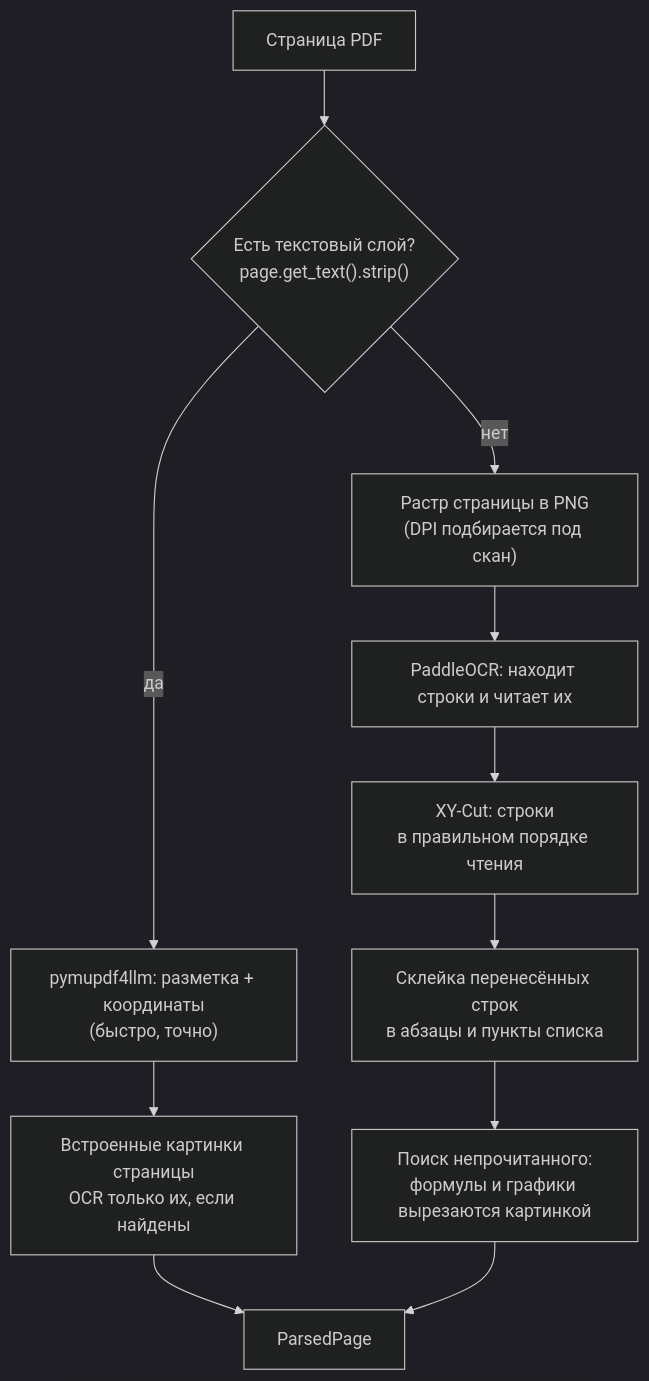
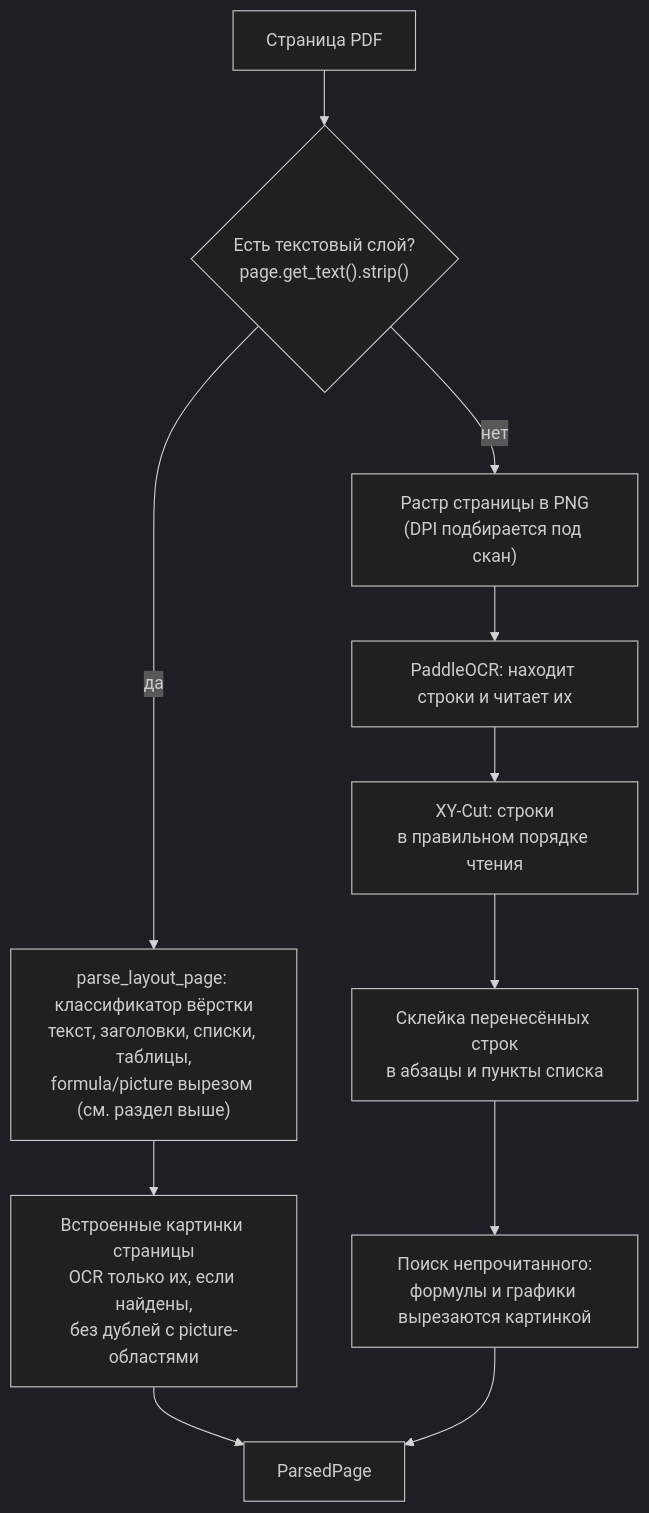
Before and after one commit to tneki22/Tentex: the second of 4 diagrams in OCR.md, drawn with Mermaid (dark theme). The commit also changed other lines of this file, not shown here.

First line of the commit message:
docs: обновить OCR.md — правка разметчика и раздел про провайдеров

````diff
--- a/OCR.md
+++ b/OCR.md
@@ -184,13 +362,13 @@
 ```mermaid
 flowchart TD
     P[Страница PDF] --> Q{"Есть текстовый слой?\npage.get_text().strip()"}
-    Q -- да --> R["pymupdf4llm: разметка + координаты\n(быстро, точно)"]
+    Q -- да --> R["parse_layout_page: классификатор вёрстки\nтекст, заголовки, списки, таблицы,\nformula/picture вырезом (см. раздел выше)"]
     Q -- нет --> S["Растр страницы в PNG\n(DPI подбирается под скан)"]
-    R --> T["Встроенные картинки страницы\nOCR только их, если найдены"]
+    R --> T["Встроенные картинки страницы\nOCR только их, если найдены,\nбез дублей с picture-областями"]
     S --> U[PaddleOCR: находит строки и читает их]
     T --> V[ParsedPage]
     U --> W["XY-Cut: строки\nв правильном порядке чтения"]
     W --> X["Склейка перенесённых строк\nв абзацы и пункты списка"]
     X --> Y["Поиск непрочитанного:\nформулы и графики вырезаются картинкой"]
     Y --> V
 ```
````
